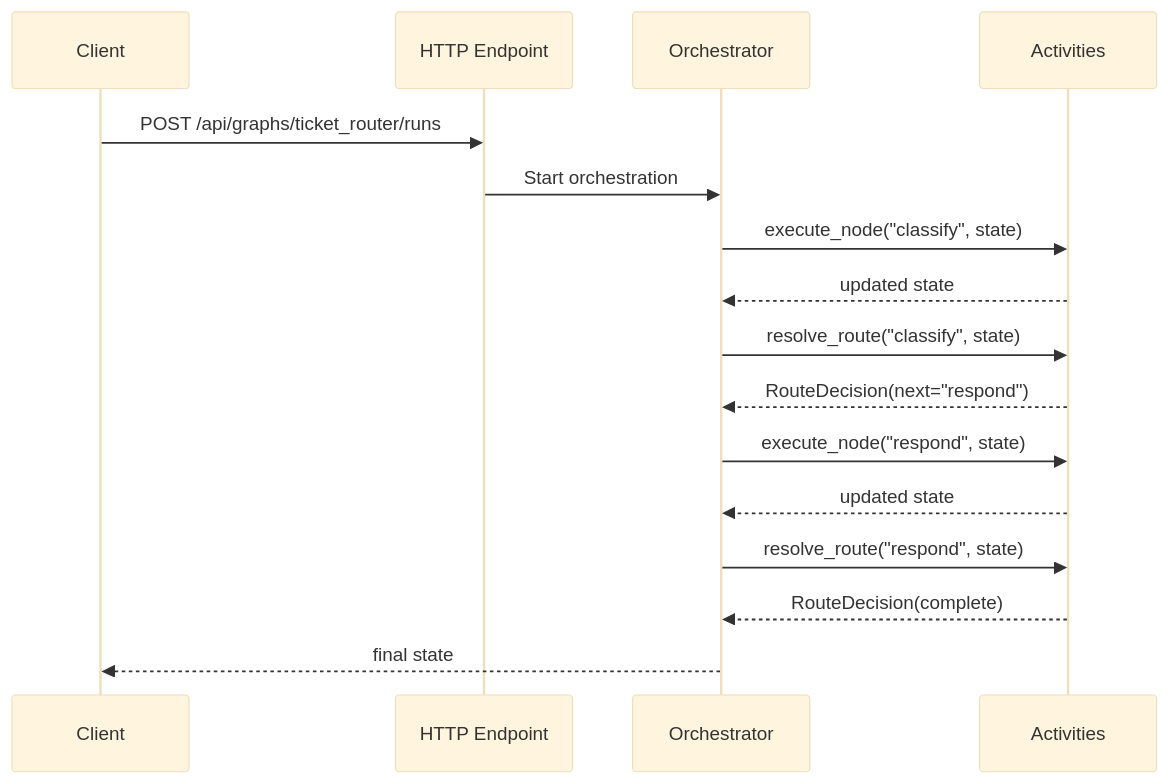
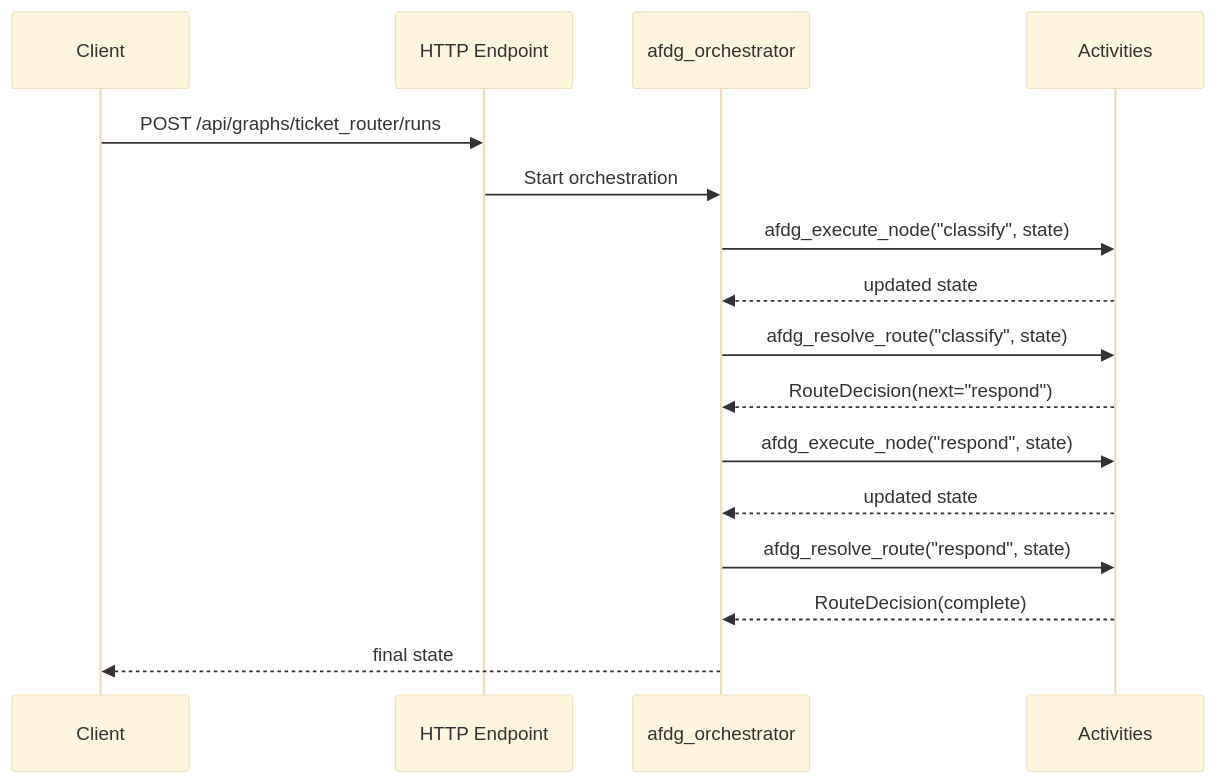
The diagram in docs/getting-started.md (yeongseon/azure-functions-durable-graph-python), drawn with Mermaid (base theme) before and after one commit. The commit also changed other lines of this file and 7 other files, not shown here.

First line of the commit message:
diagram: use runtime activity names and add README/usage/DESIGN flow diagrams (#85)

````diff
--- a/docs/getting-started.md
+++ b/docs/getting-started.md
@@ -144,19 +144,19 @@
 ```mermaid
 sequenceDiagram
     participant Client
     participant HTTP as HTTP Endpoint
-    participant Orch as Orchestrator
+    participant Orch as afdg_orchestrator
     participant Act as Activities
 
     Client->>HTTP: POST /api/graphs/ticket_router/runs
     HTTP->>Orch: Start orchestration
-    Orch->>Act: execute_node("classify", state)
+    Orch->>Act: afdg_execute_node("classify", state)
     Act-->>Orch: updated state
-    Orch->>Act: resolve_route("classify", state)
+    Orch->>Act: afdg_resolve_route("classify", state)
     Act-->>Orch: RouteDecision(next="respond")
-    Orch->>Act: execute_node("respond", state)
+    Orch->>Act: afdg_execute_node("respond", state)
     Act-->>Orch: updated state
-    Orch->>Act: resolve_route("respond", state)
+    Orch->>Act: afdg_resolve_route("respond", state)
     Act-->>Orch: RouteDecision(complete)
     Orch-->>Client: final state
 ```
````
